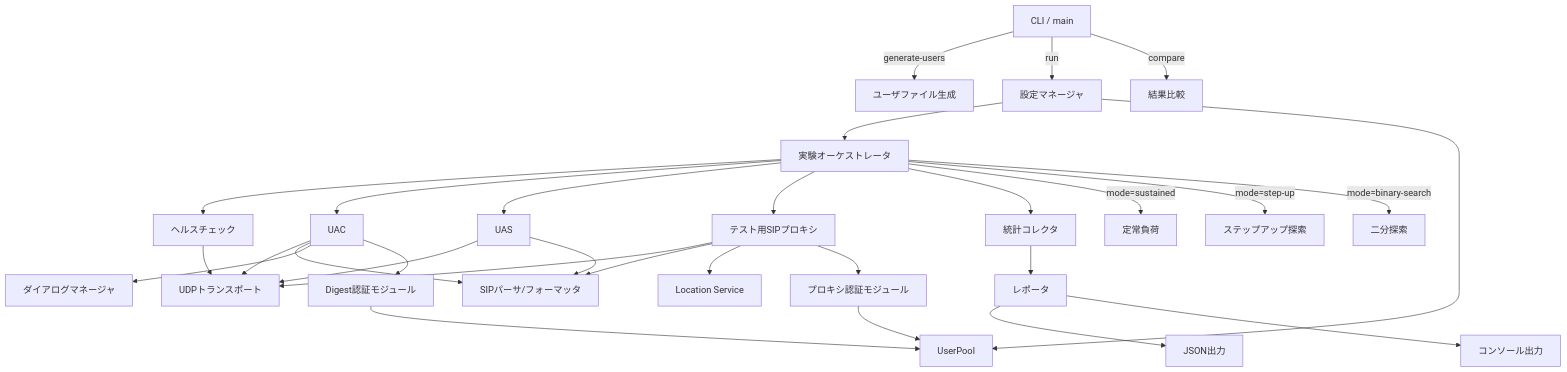
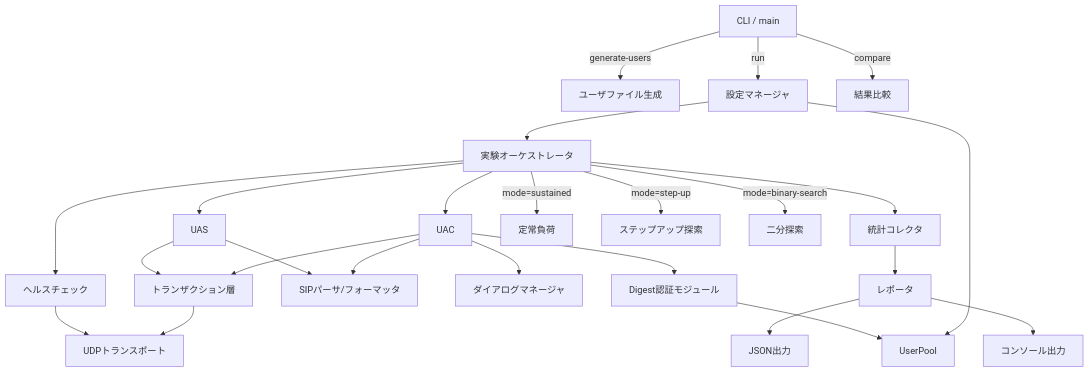
The first of 3 diagrams in docs/sip-load-tester.md (zurustar/SotafugyTypeR), drawn with Mermaid before and after one commit. The commit also changed other lines of this file and 22 other files, not shown here.

````diff
--- a/docs/sip-load-tester.md
+++ b/docs/sip-load-tester.md
@@ -63,40 +75,34 @@
 ```mermaid
 graph TB
     CLI[CLI / main] --> |generate-users| GenUsers[ユーザファイル生成]
     CLI --> |run| Config[設定マネージャ]
     CLI --> |compare| Compare[結果比較]
     Config --> Orchestrator[実験オーケストレータ]
     Config --> UserPool[UserPool]
     
     Orchestrator --> HealthCheck[ヘルスチェック]
     Orchestrator --> UAC[UAC]
     Orchestrator --> UAS[UAS]
-    Orchestrator --> Proxy[テスト用SIPプロキシ]
     Orchestrator --> Stats[統計コレクタ]
     
     Orchestrator --> |mode=sustained| Sustained[定常負荷]
     Orchestrator --> |mode=step-up| StepUp[ステップアップ探索]
     Orchestrator --> |mode=binary-search| BinarySearch[二分探索]
     
-    UAC --> Transport[UDPトランスポート]
-    UAS --> Transport
-    Proxy --> Transport
+    UAC --> TxLayer[トランザクション層]
+    UAS --> TxLayer
+    TxLayer --> Transport[UDPトランスポート]
     HealthCheck --> Transport
     
     UAC --> Parser[SIPパーサ/フォーマッタ]
     UAS --> Parser
-    Proxy --> Parser
     
     UAC --> DialogMgr[ダイアログマネージャ]
     UAC --> Auth[Digest認証モジュール]
     
     Auth --> UserPool
-    ProxyAuth --> UserPool
-    
-    Proxy --> LocationService[Location Service]
-    Proxy --> ProxyAuth[プロキシ認証モジュール]
     
     Stats --> Reporter[レポータ]
     Reporter --> JSON[JSON出力]
     Reporter --> Console[コンソール出力]
 ```
````
